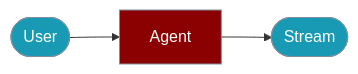
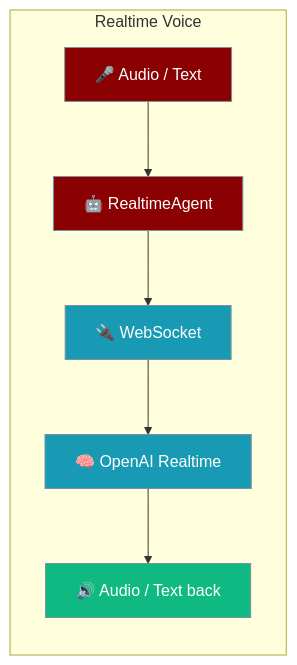
One commit to MervinPraison/PraisonAIDocs changed the first of 2 diagrams in docs/js/realtime.mdx. Above: the diagram before and after it, drawn with Mermaid. The commit also changed other lines of this file and 4 other files, not shown here.

First line of the commit message:
docs(ts): document real sqlite: persistence and RealtimeAgent WebSocket (fixes #3979)

````diff
--- a/docs/js/realtime.mdx
+++ b/docs/js/realtime.mdx
@@ -10,13 +14,19 @@
 ```mermaid
 graph LR
-    User([User]) --> Agent[Agent]
-    Agent --> Stream([Stream])
+    subgraph "Realtime Voice"
+        Mic[🎤 Audio / Text] --> A[🤖 RealtimeAgent]
+        A --> WS[🔌 WebSocket]
+        WS --> API[🧠 OpenAI Realtime]
+        API --> Out[🔊 Audio / Text back]
+    end
 
+    classDef input fill:#8B0000,stroke:#7C90A0,color:#fff
     classDef agent fill:#8B0000,stroke:#7C90A0,color:#fff
-    classDef tool fill:#189AB4,stroke:#7C90A0,color:#fff
+    classDef proc fill:#189AB4,stroke:#7C90A0,color:#fff
+    classDef out fill:#10B981,stroke:#7C90A0,color:#fff
 
-    class Agent agent
-    class User,Stream tool
-    classDef agent fill:#8B0000,color:#fff
-    classDef tool fill:#189AB4,color:#fff
+    class Mic input
+    class A agent
+    class WS,API proc
+    class Out out
 ```
````
